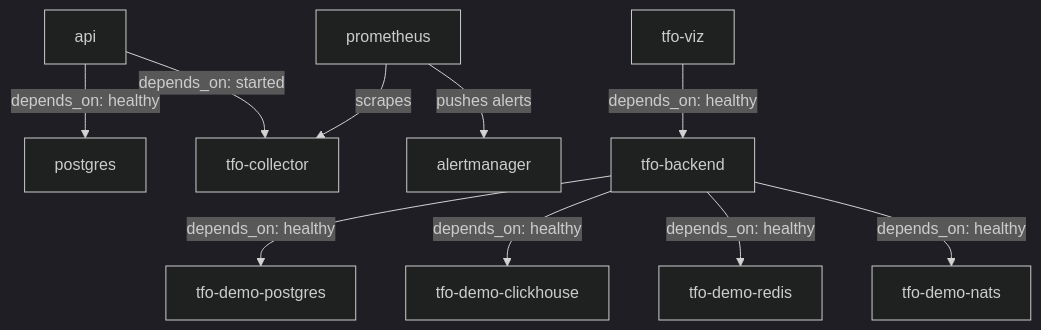
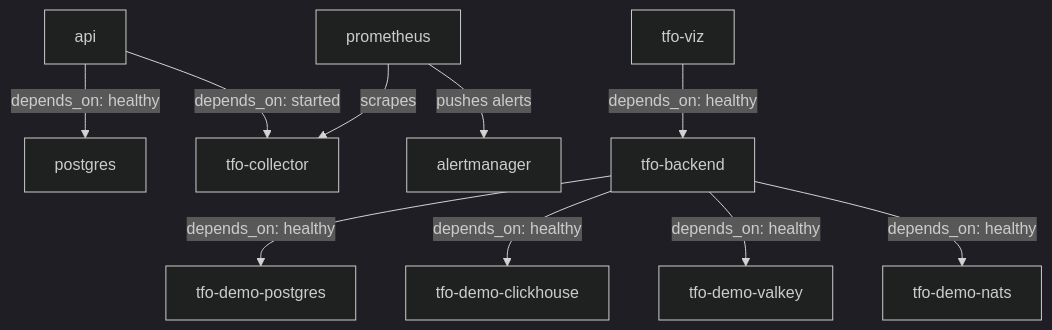
Before and after one commit to telemetryflow/demo-kiro-sdd: the third of 3 diagrams in docs/wiki/Docker-Compose.md, drawn with Mermaid (dark theme). The commit also changed other lines of this file and 5 other files, not shown here.

First line of the commit message:
feat(infra): replace Redis with Valkey and bump containers to latest

````diff
--- a/docs/wiki/Docker-Compose.md
+++ b/docs/wiki/Docker-Compose.md
@@ -233,24 +236,24 @@
 ```mermaid
 flowchart TB
     API["api"]
     PG["postgres"]
     COL["tfo-collector"]
     PROM["prometheus"]
     AM["alertmanager"]
     BE["tfo-backend"]
     VIZ["tfo-viz"]
     CH["tfo-demo-clickhouse"]
-    REDIS["tfo-demo-redis"]
+    VALKEY["tfo-demo-valkey"]
     NATS["tfo-demo-nats"]
     PG2["tfo-demo-postgres"]
 
     API -->|"depends_on: healthy"| PG
     API -->|"depends_on: started"| COL
     PROM -->|"scrapes"| COL
     PROM -->|"pushes alerts"| AM
     VIZ -->|"depends_on: healthy"| BE
     BE -->|"depends_on: healthy"| PG2
     BE -->|"depends_on: healthy"| CH
-    BE -->|"depends_on: healthy"| REDIS
+    BE -->|"depends_on: healthy"| VALKEY
     BE -->|"depends_on: healthy"| NATS
 ```
````
